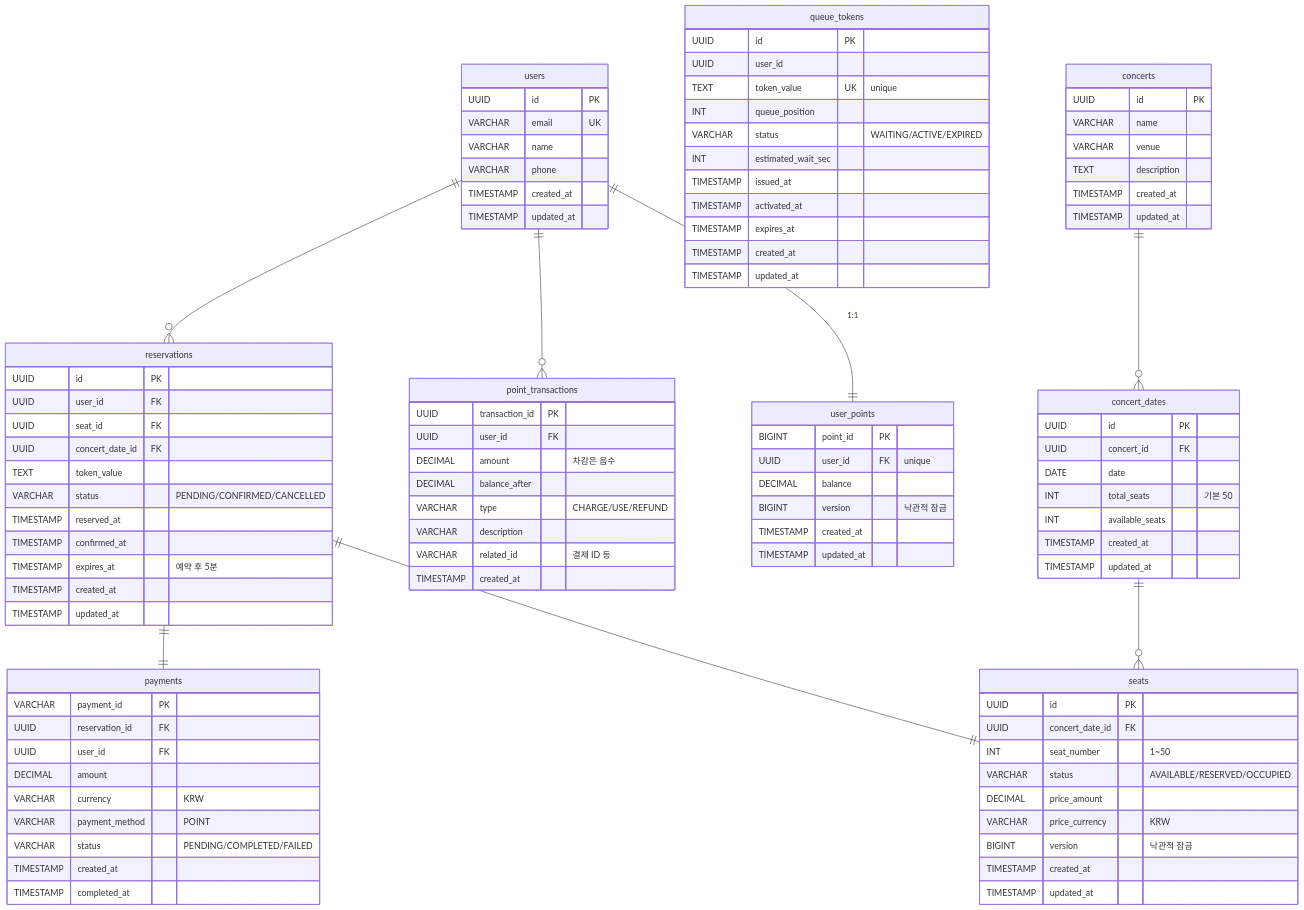
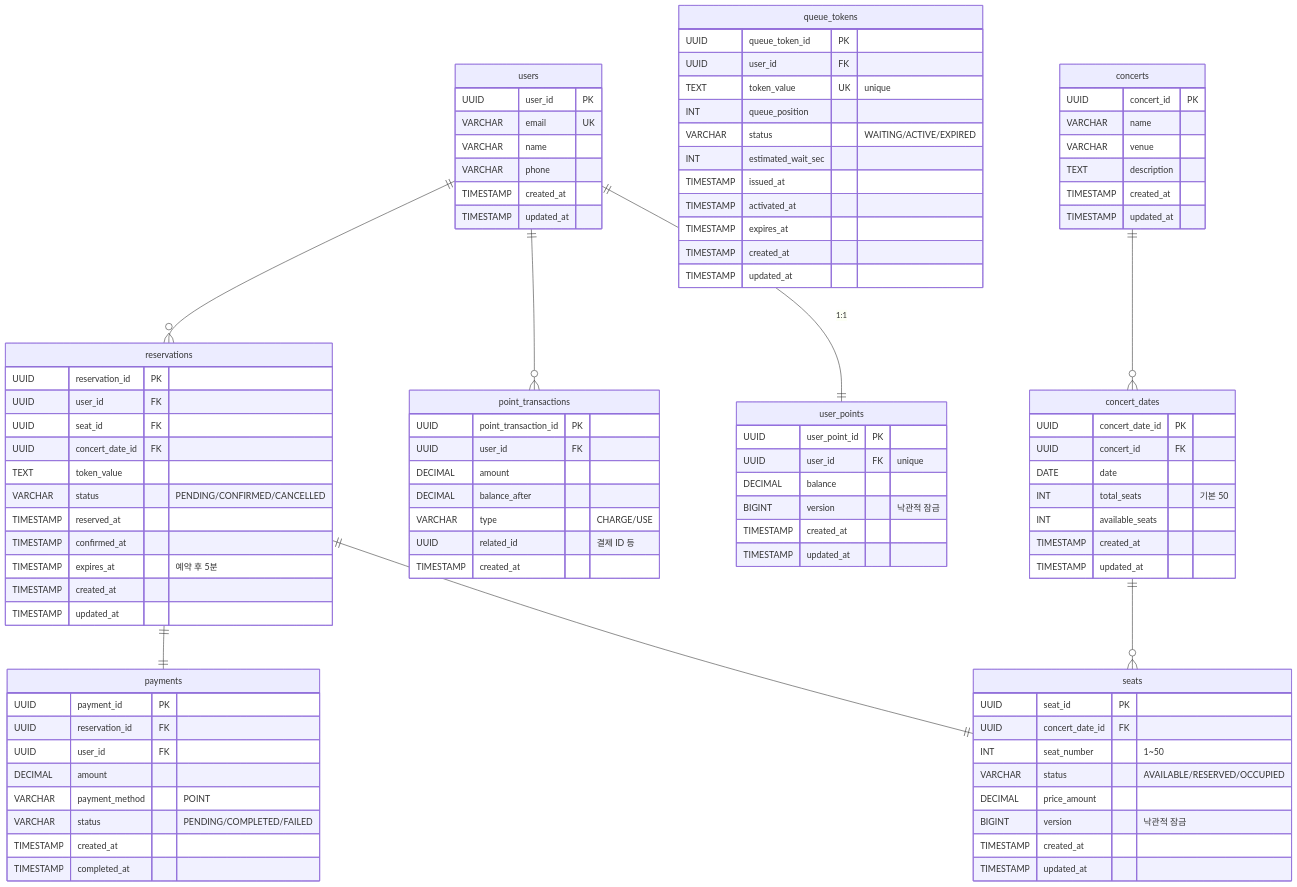
Before and after one commit to jhwon91/concert-reservation-system: the diagram in docs/03.ERD.md, drawn with Mermaid.

Commit message:
docs: 데이터베이스 PK 관련 변경

````diff
--- a/docs/03.ERD.md
+++ b/docs/03.ERD.md
@@ -3,7 +3,7 @@
 ```mermaid
 erDiagram
     users {
-        UUID id PK
+        UUID user_id PK
         VARCHAR email UK
         VARCHAR name
         VARCHAR phone
@@ -12,7 +12,7 @@
     }
 
     user_points {
-        BIGINT point_id PK
+        UUID user_point_id PK
         UUID user_id FK "unique"
         DECIMAL balance
         BIGINT version "낙관적 잠금"
@@ -21,19 +21,18 @@
     }
 
     point_transactions {
-        UUID transaction_id PK
+        UUID point_transaction_id PK
         UUID user_id FK
-        DECIMAL amount "차감은 음수"
+        DECIMAL amount
         DECIMAL balance_after
-        VARCHAR type "CHARGE/USE/REFUND"
-        VARCHAR description
-        VARCHAR related_id "결제 ID 등"
+        VARCHAR type "CHARGE/USE"
+        UUID related_id "결제 ID 등"
         TIMESTAMP created_at
     }
 
     queue_tokens {
-        UUID id PK
-        UUID user_id
+        UUID queue_token_id PK
+        UUID user_id FK
         TEXT token_value UK "unique"
         INT queue_position
         VARCHAR status "WAITING/ACTIVE/EXPIRED"
@@ -46,7 +45,7 @@
     }
 
     concerts {
-        UUID id PK
+        UUID concert_id PK
         VARCHAR name
         VARCHAR venue
         TEXT description
@@ -55,7 +54,7 @@
     }
 
     concert_dates {
-        UUID id PK
+        UUID concert_date_id PK
         UUID concert_id FK
         DATE date
         INT total_seats "기본 50"
@@ -65,19 +64,18 @@
     }
 
     seats {
-        UUID id PK
+        UUID seat_id PK
         UUID concert_date_id FK
         INT seat_number "1~50"
         VARCHAR status "AVAILABLE/RESERVED/OCCUPIED"
         DECIMAL price_amount
-        VARCHAR price_currency "KRW"
         BIGINT version "낙관적 잠금"
         TIMESTAMP created_at
         TIMESTAMP updated_at
     }
 
     reservations {
-        UUID id PK
+        UUID reservation_id PK
         UUID user_id FK
         UUID seat_id FK
         UUID concert_date_id FK
@@ -91,11 +89,10 @@
     }
 
     payments {
-        VARCHAR payment_id PK
+        UUID payment_id PK
         UUID reservation_id FK
         UUID user_id FK
         DECIMAL amount
-        VARCHAR currency "KRW"
         VARCHAR payment_method "POINT"
         VARCHAR status "PENDING/COMPLETED/FAILED"
         TIMESTAMP created_at
````
